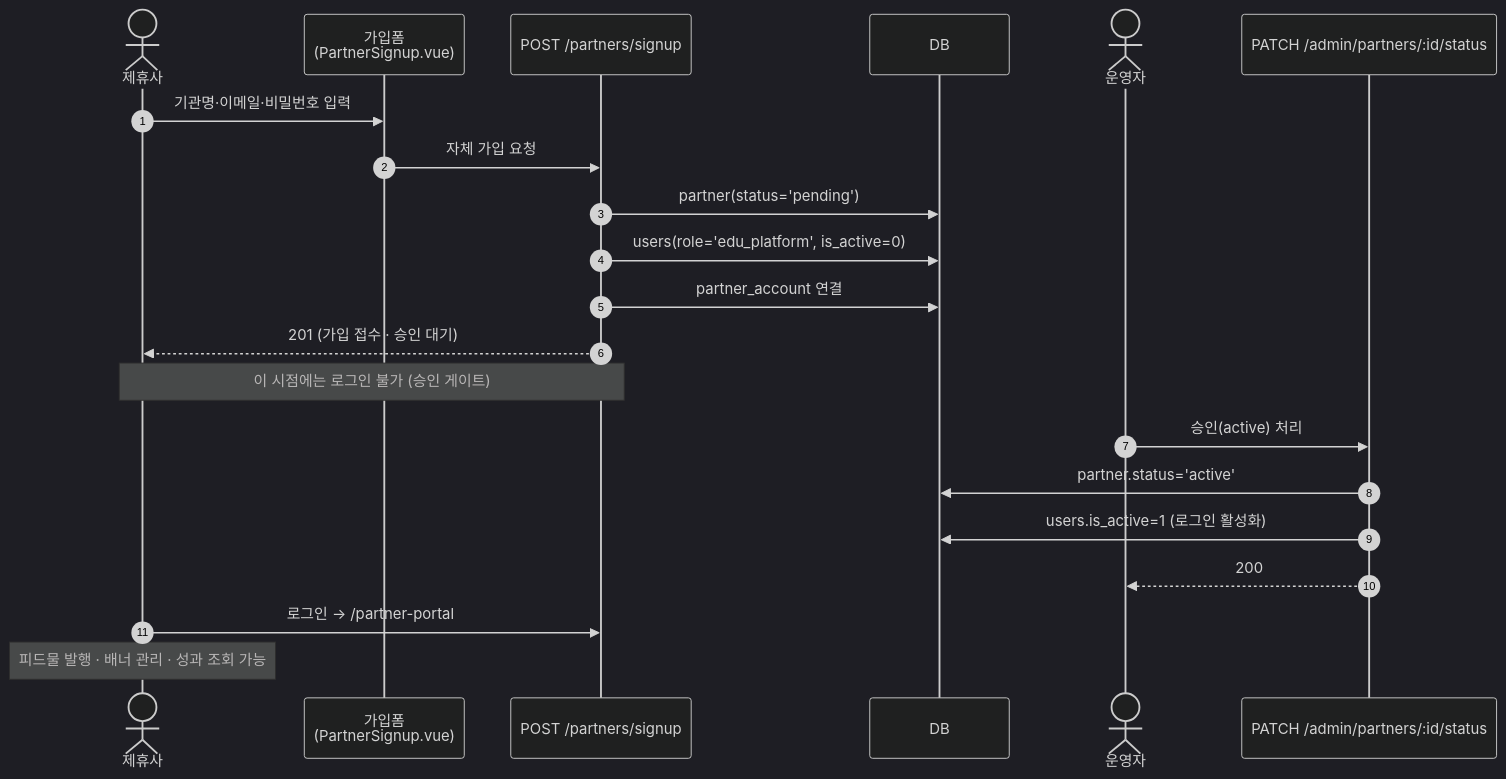
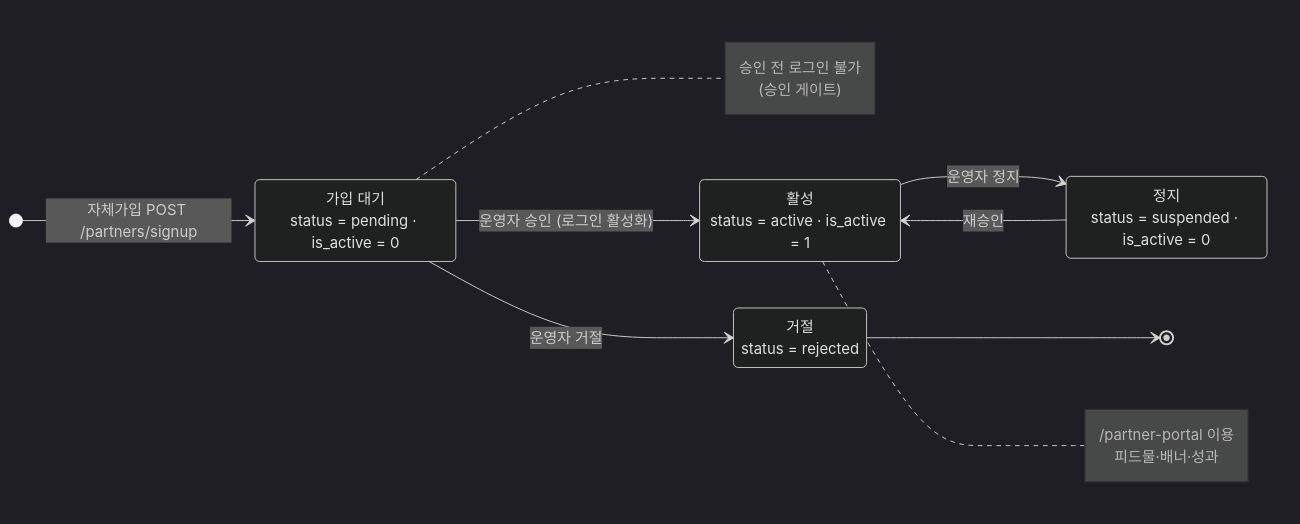
One commit to hsg9013/AI-career-roadmap changed the third of 7 diagrams in docs/presentation-diagrams.md. Above: the diagram before and after it, drawn with Mermaid (dark theme). The commit also changed other lines of this file and 26 other files, not shown here.

First line of the commit message:
docs(005): 발표 다이어그램 재구성 — 목적별 표현(관계/상태전이/구조)

````diff
--- a/docs/presentation-diagrams.md
+++ b/docs/presentation-diagrams.md
@@ -97,26 +94,18 @@
 ```mermaid
-sequenceDiagram
-  autonumber
-  actor P as 제휴사
-  participant FE as 가입폼<br/>(PartnerSignup.vue)
-  participant API as POST /partners/signup
-  participant DB as DB
-  actor A as 운영자
-  participant ADM as PATCH /admin/partners/:id/status
+stateDiagram-v2
+  direction LR
+  [*] --> 가입대기 : 자체가입 POST /partners/signup
+  state "가입 대기<br/>status = pending · is_active = 0" as 가입대기
+  state "활성<br/>status = active · is_active = 1" as 활성
+  state "거절<br/>status = rejected" as 거절
+  state "정지<br/>status = suspended · is_active = 0" as 정지
 
-  P->>FE: 기관명·이메일·비밀번호 입력
-  FE->>API: 자체 가입 요청
-  API->>DB: partner(status='pending')
-  API->>DB: users(role='edu_platform', is_active=0)
-  API->>DB: partner_account 연결
-  API-->>P: 201 (가입 접수 · 승인 대기)
-  Note over P,API: 이 시점에는 로그인 불가 (승인 게이트)
+  가입대기 --> 활성 : 운영자 승인 (로그인 활성화)
+  가입대기 --> 거절 : 운영자 거절
+  활성 --> 정지 : 운영자 정지
+  정지 --> 활성 : 재승인
+  거절 --> [*]
 
-  A->>ADM: 승인(active) 처리
-  ADM->>DB: partner.status='active'
-  ADM->>DB: users.is_active=1 (로그인 활성화)
-  ADM-->>A: 200
-
-  P->>API: 로그인 → /partner-portal
-  Note over P: 피드물 발행 · 배너 관리 · 성과 조회 가능
+  note right of 가입대기 : 승인 전 로그인 불가<br/>(승인 게이트)
+  note right of 활성 : /partner-portal 이용<br/>피드물·배너·성과
 ```
````
